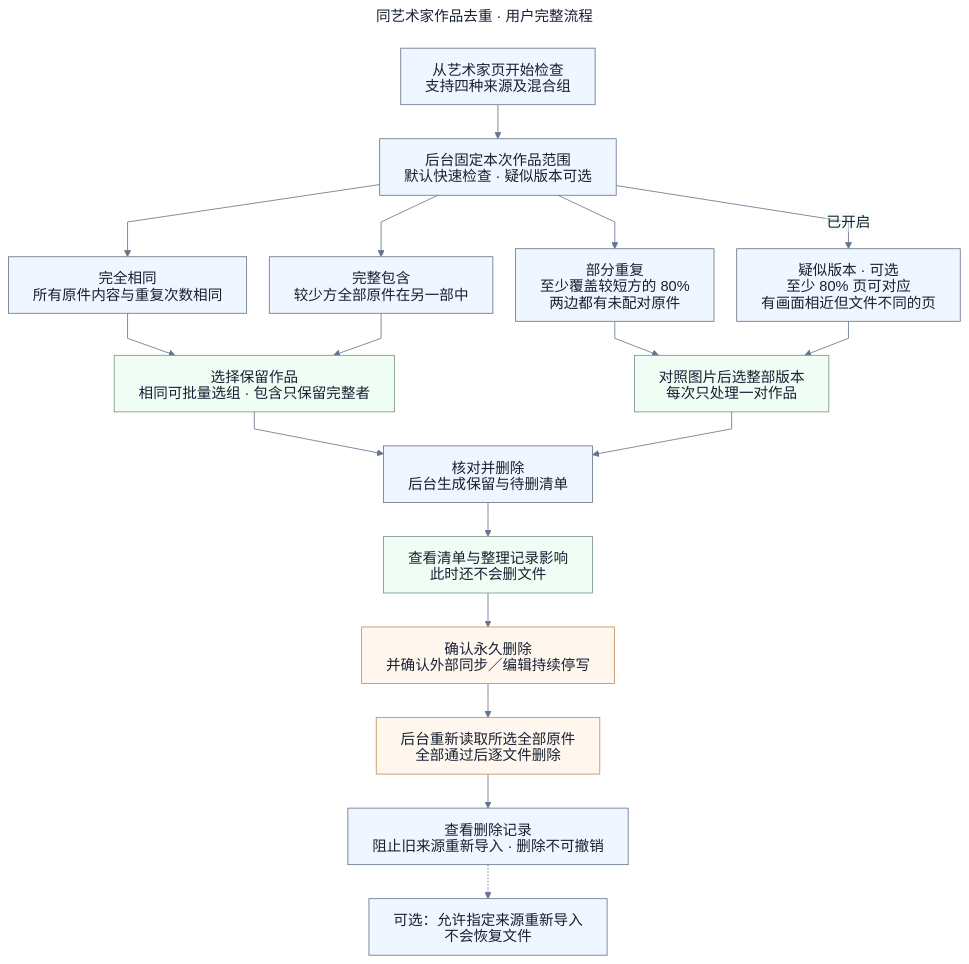
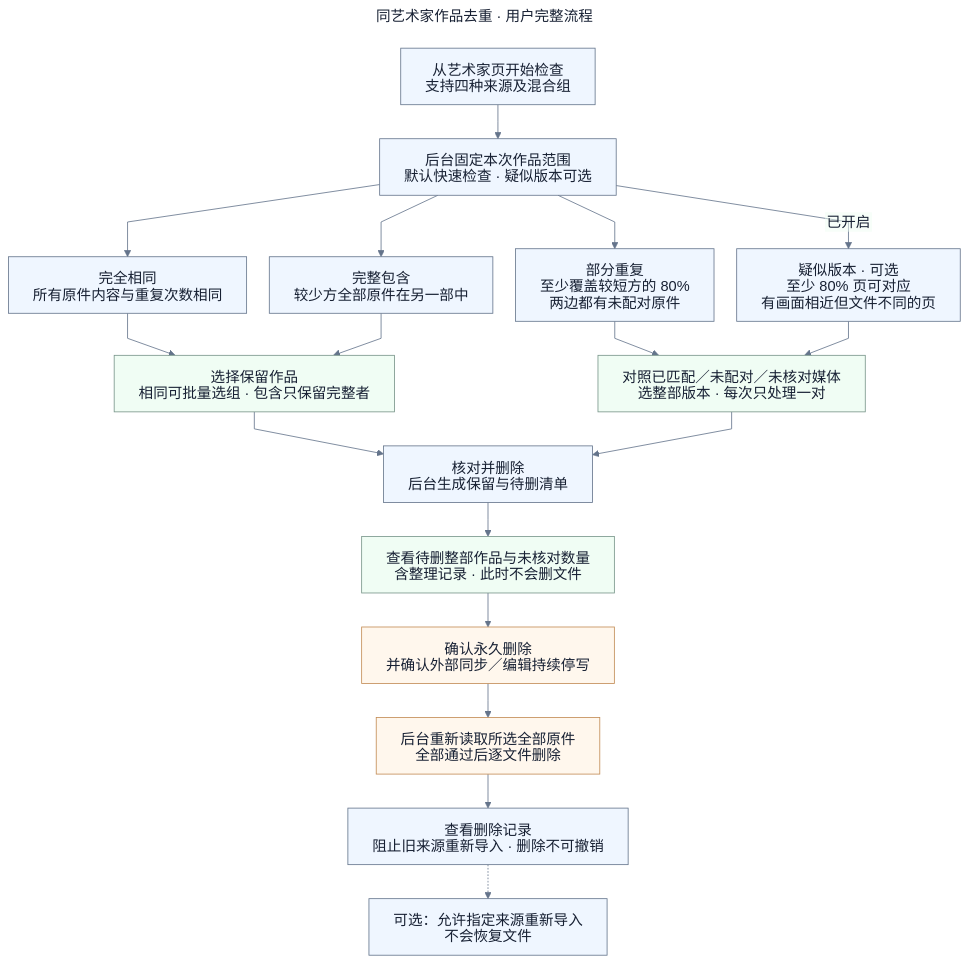
Before and after one commit to namehu/PixiShelf: the diagram in docs/diagrams/features/artwork-deduplication/business-flow.mmd, drawn with Mermaid. The commit also changed 44 other files, not shown here.

```diff
--- a/docs/diagrams/features/artwork-deduplication/business-flow.mmd
+++ b/docs/diagrams/features/artwork-deduplication/business-flow.mmd
@@ -1,48 +1,48 @@
 ---
 config:
   theme: base
   htmlLabels: false
   themeVariables:
     fontFamily: 'Arial, PingFang SC, Microsoft YaHei, sans-serif'
     fontSize: 18px
     background: '#ffffff'
     primaryColor: '#eff6ff'
     primaryTextColor: '#172033'
     primaryBorderColor: '#64748b'
     lineColor: '#64748b'
     secondaryColor: '#f0fdf4'
     tertiaryColor: '#fff7ed'
   flowchart:
     htmlLabels: false
     curve: linear
     nodeSpacing: 28
     rankSpacing: 42
     wrappingWidth: 340
 title: 同艺术家作品去重 · 用户完整流程
 ---
 flowchart TB
   B01[从艺术家页开始检查<br/>支持四种来源及混合组]
   B02[后台固定本次作品范围<br/>默认快速检查 · 疑似版本可选]
   B03[完全相同<br/>所有原件内容与重复次数相同]
   B04[完整包含<br/>较少方全部原件在另一部中]
   B05[部分重复<br/>至少覆盖较短方的 80%<br/>两边都有未配对原件]
   B06[疑似版本 · 可选<br/>至少 80% 页可对应<br/>有画面相近但文件不同的页]
   B07[选择保留作品<br/>相同可批量选组 · 包含只保留完整者]
-  B08[对照图片后选整部版本<br/>每次只处理一对作品]
+  B08[对照已匹配／未配对／未核对媒体<br/>选整部版本 · 每次只处理一对]
   B09[核对并删除<br/>后台生成保留与待删清单]
-  B10[查看清单与整理记录影响<br/>此时还不会删文件]
+  B10[查看待删整部作品与未核对数量<br/>含整理记录 · 此时不会删文件]
   B11[确认永久删除<br/>并确认外部同步／编辑持续停写]
   B12[后台重新读取所选全部原件<br/>全部通过后逐文件删除]
   B13[查看删除记录<br/>阻止旧来源重新导入 · 删除不可撤销]
   B14[可选：允许指定来源重新导入<br/>不会恢复文件]
   B01 --> B02
   B02 --> B03 & B04 & B05
   B02 -->|已开启| B06
   B03 & B04 --> B07
   B05 & B06 --> B08
   B07 & B08 --> B09 --> B10 --> B11 --> B12 --> B13
   B13 -.-> B14
   classDef review fill:#f0fdf4,stroke:#779489
   classDef danger fill:#fff7ed,stroke:#c28b54
   class B07,B08,B10 review
   class B11,B12 danger
```
